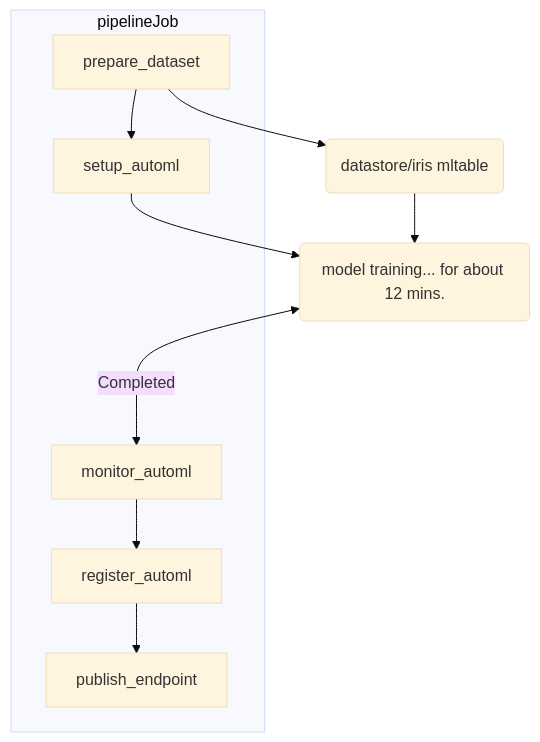
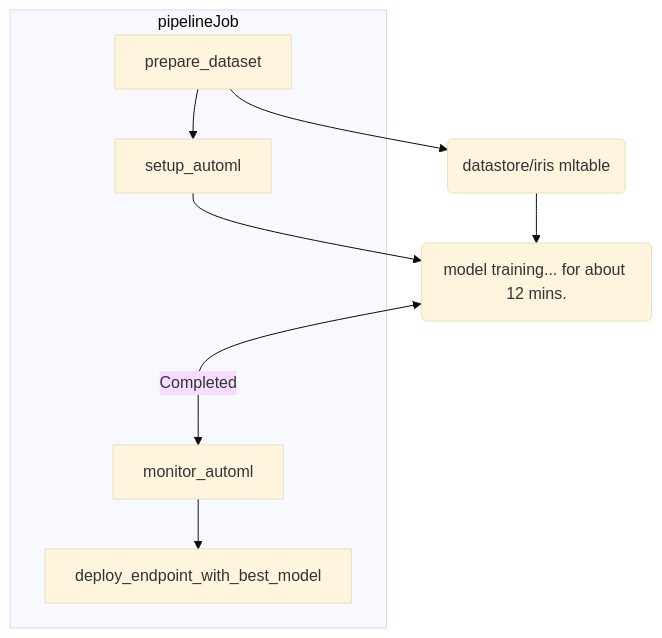
One commit to Kyrsang/Azure-ML-automation-research changed the second of 2 diagrams in README.md. Above: the diagram before and after it, drawn with Mermaid (base theme). The commit also changed other lines of this file, not shown here.

````diff
--- a/README.md
+++ b/README.md
@@ -47,21 +47,19 @@
 ```mermaid
 flowchart TD
     subgraph pipelineJob
         A[prepare_dataset]
         B[setup_automl]
         C[monitor_automl]
-        D[register_automl] 
-        E[publish_endpoint]
+        D[deploy_endpoint_with_best_model] 
     end 
 
     F(datastore/iris mltable)
     G(model training... for about 12 mins.) 
     
     A --> B 
     C --> D 
-    D --> E 
     A --> F 
     B --> G     
     G <--Completed---> C
     F --> G
 ```
````
